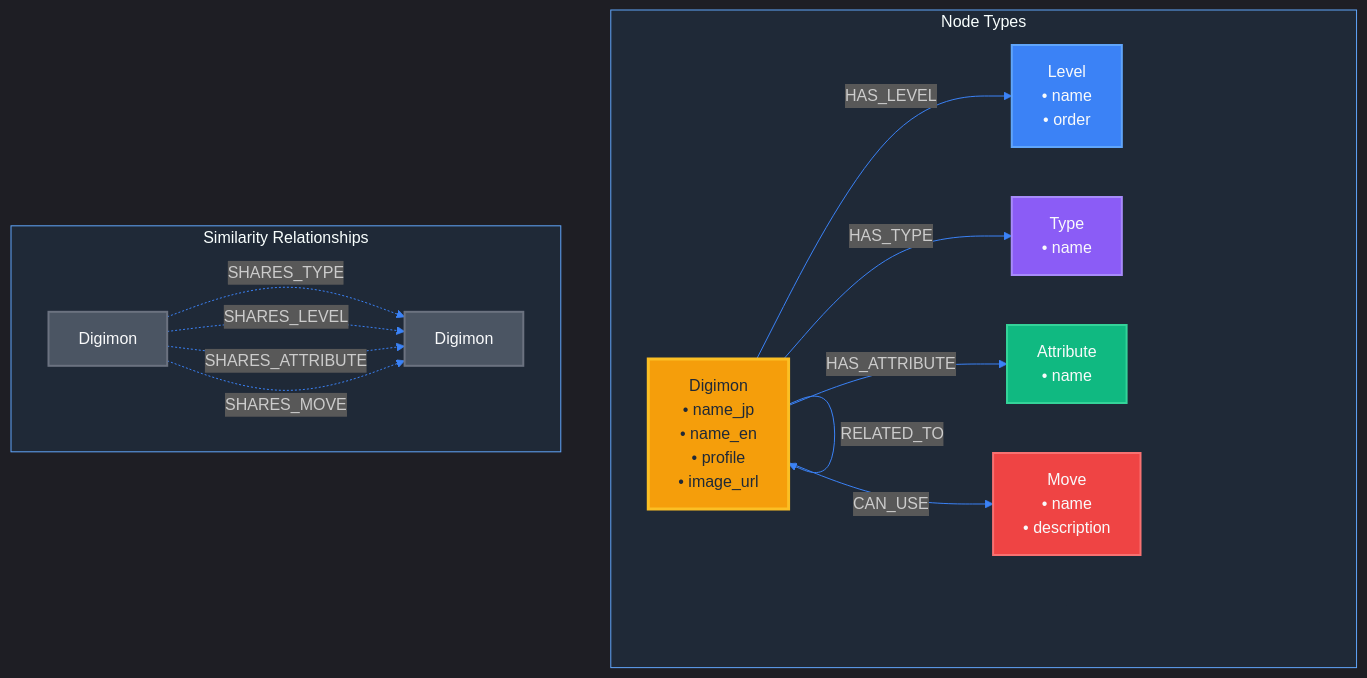
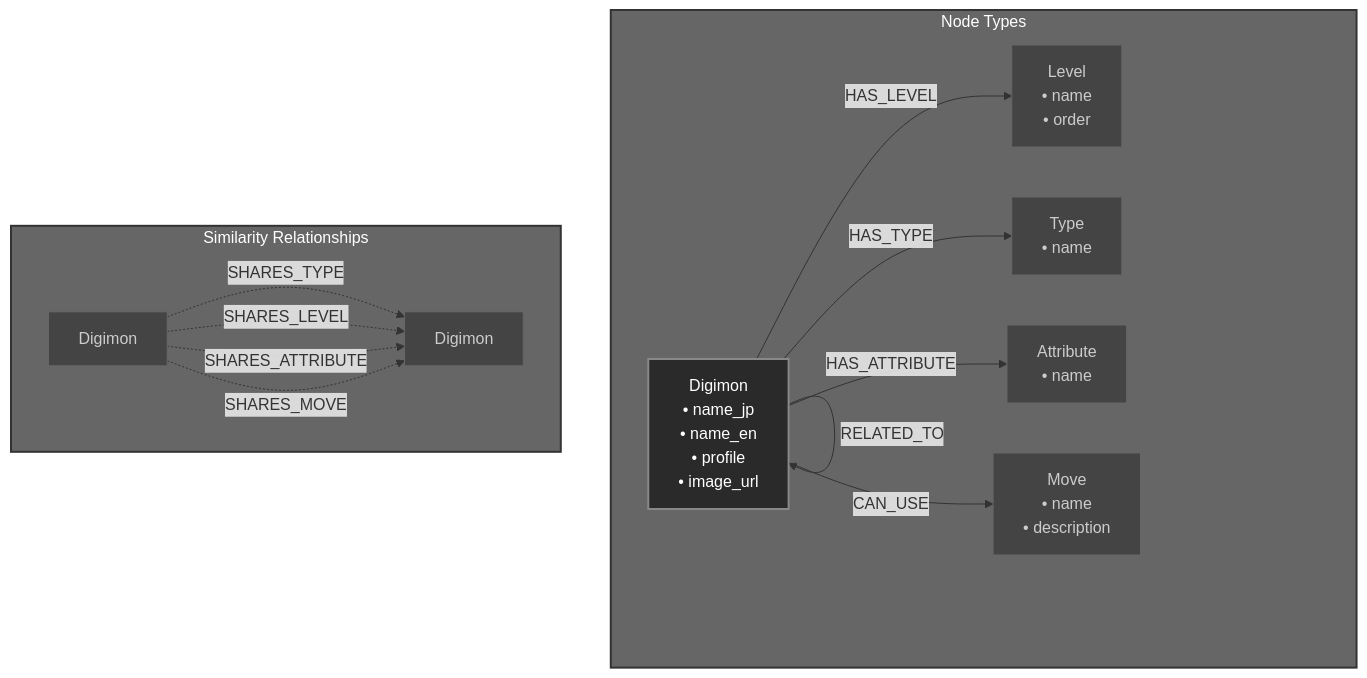
The fourth of 5 diagrams in CLAUDE.md (Ricoledan/digimon-knowledge-graph), drawn with Mermaid before and after one commit. The commit also changed other lines of this file, not shown here.

Commit message:
add diagrams

````diff
--- a/CLAUDE.md
+++ b/CLAUDE.md
@@ -327,38 +331,33 @@
 ```mermaid
-%%{init: {'theme':'dark', 'themeVariables': { 'primaryColor':'#1f2937', 'primaryTextColor':'#f9fafb', 'primaryBorderColor':'#60a5fa', 'lineColor':'#3b82f6', 'secondaryColor':'#059669', 'tertiaryColor':'#374151', 'background':'#111827', 'mainBkg':'#1f2937', 'secondBkg':'#374151', 'tertiaryBkg':'#4b5563', 'primaryBorderColor':'#60a5fa', 'secondaryBorderColor':'#10b981', 'tertiaryBorderColor':'#6366f1', 'clusterBkg':'#1f2937', 'clusterBorder':'#60a5fa', 'fontFamily':'monospace'}}}%%
 graph TD
     subgraph NT["Node Types"]
         D[Digimon<br/>• name_jp<br/>• name_en<br/>• profile<br/>• image_url]
         L[Level<br/>• name<br/>• order]
         T[Type<br/>• name]
         A[Attribute<br/>• name]
         M[Move<br/>• name<br/>• description]
     end
     
     D -->|HAS_LEVEL| L
     D -->|HAS_TYPE| T
     D -->|HAS_ATTRIBUTE| A
     D -->|CAN_USE| M
     D -->|RELATED_TO| D
     
     subgraph SR["Similarity Relationships"]
         D2[Digimon] -.->|SHARES_TYPE| D3[Digimon]
         D2 -.->|SHARES_LEVEL| D3
         D2 -.->|SHARES_ATTRIBUTE| D3
         D2 -.->|SHARES_MOVE| D3
     end
     
-    classDef digimon fill:#f59e0b,stroke:#fbbf24,stroke-width:3px,color:#1f2937
-    classDef level fill:#3b82f6,stroke:#60a5fa,stroke-width:2px,color:#f9fafb
-    classDef type fill:#8b5cf6,stroke:#a78bfa,stroke-width:2px,color:#f9fafb
-    classDef attribute fill:#10b981,stroke:#34d399,stroke-width:2px,color:#f9fafb
-    classDef move fill:#ef4444,stroke:#f87171,stroke-width:2px,color:#f9fafb
-    classDef similarity fill:#4b5563,stroke:#6b7280,stroke-width:2px,color:#f9fafb
-    
-    class D digimon
-    class L level
-    class T type
-    class A attribute
-    class M move
-    class D2,D3 similarity
+    style NT fill:#666,stroke:#333,stroke-width:2px,color:#fff
+    style SR fill:#666,stroke:#333,stroke-width:2px,color:#fff
+    style D fill:#2a2a2a,stroke:#888,stroke-width:2px,color:#fff
+    style L fill:#444,stroke:#666,stroke-width:1px,color:#ccc
+    style T fill:#444,stroke:#666,stroke-width:1px,color:#ccc
+    style A fill:#444,stroke:#666,stroke-width:1px,color:#ccc
+    style M fill:#444,stroke:#666,stroke-width:1px,color:#ccc
+    style D2 fill:#444,stroke:#666,stroke-width:1px,color:#ccc
+    style D3 fill:#444,stroke:#666,stroke-width:1px,color:#ccc
 ```
````
